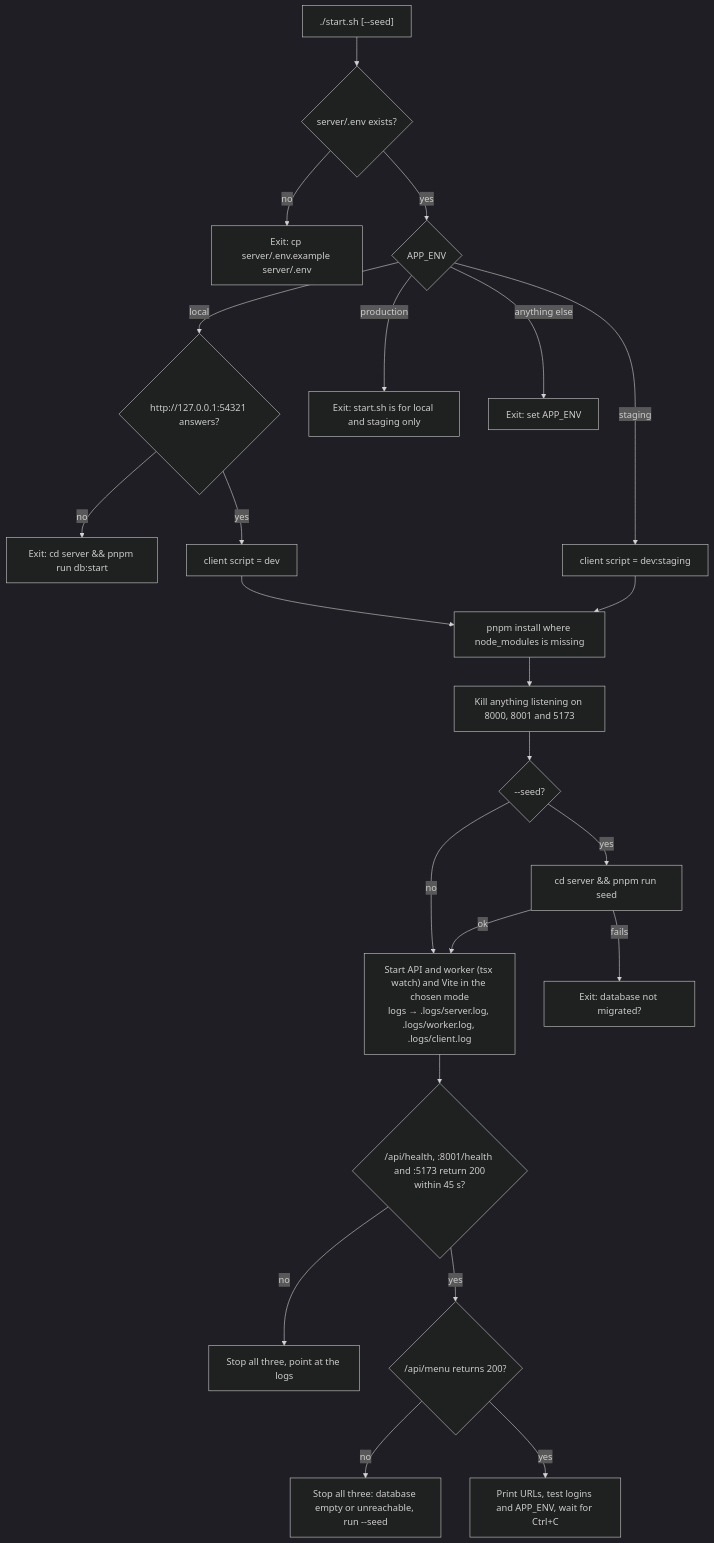
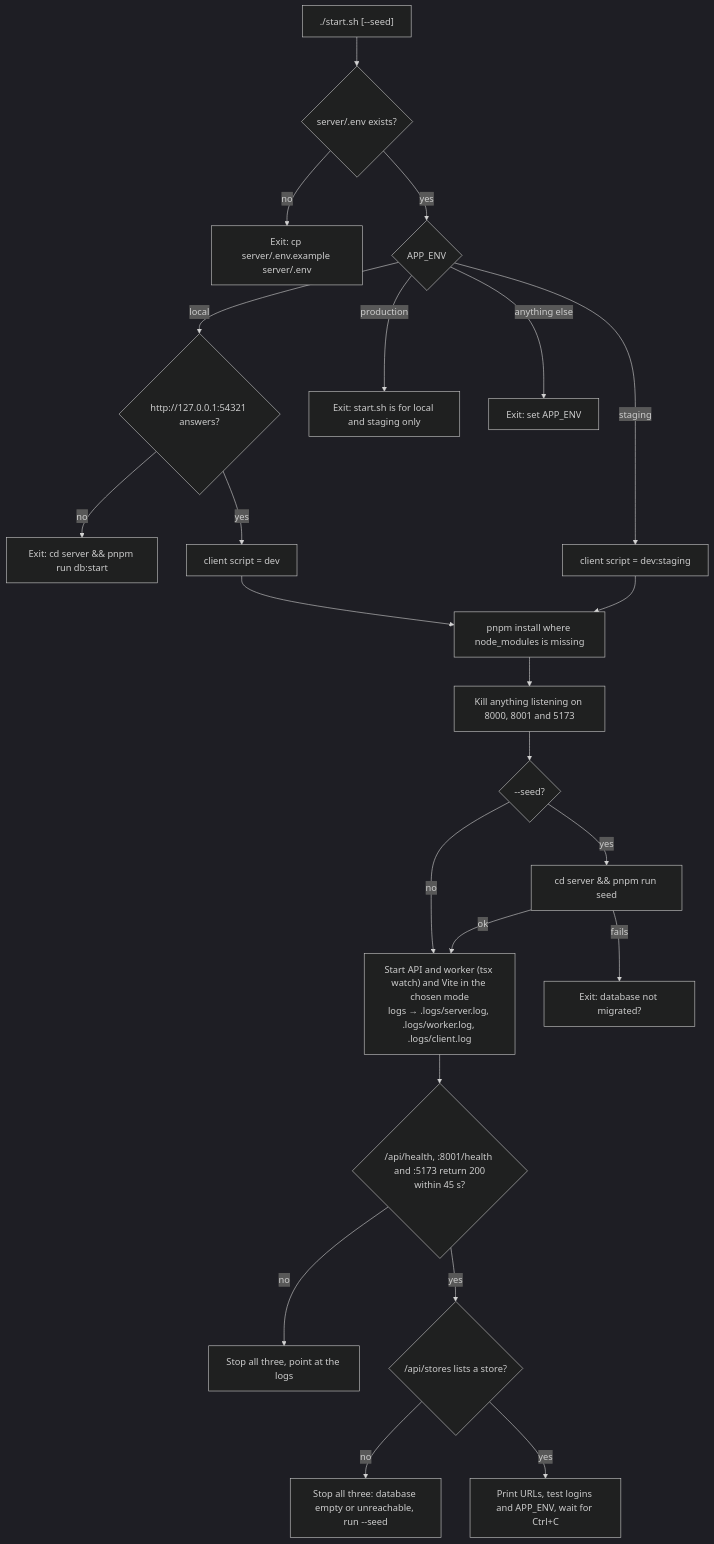
One commit to The-KhaNha/KhaNha changed the third of 4 diagrams in docs/DEPLOYMENT.md. Above: the diagram before and after it, drawn with Mermaid (dark theme). The commit also changed 6 other files, not shown here.

Commit message:
start.sh probes /api/stores; docs name the store routes; guard against calls to removed routes

````diff
--- a/docs/DEPLOYMENT.md
+++ b/docs/DEPLOYMENT.md
@@ -221,25 +221,25 @@
 ```mermaid
 flowchart TD
   S["./start.sh [--seed]"] --> Env{"server/.env exists?"}
   Env -->|"no"| X1["Exit: cp server/.env.example server/.env"]
   Env -->|"yes"| App{"APP_ENV"}
   App -->|"local"| Up{"http://127.0.0.1:54321 answers?"}
   Up -->|"no"| X2["Exit: cd server && pnpm run db:start"]
   Up -->|"yes"| ModeL["client script = dev"]
   App -->|"staging"| ModeS["client script = dev:staging"]
   App -->|"production"| X3["Exit: start.sh is for local and staging only"]
   App -->|"anything else"| X4["Exit: set APP_ENV"]
   ModeL --> Deps
   ModeS --> Deps
   Deps["pnpm install where node_modules is missing"] --> Ports["Kill anything listening on 8000, 8001 and 5173"]
   Ports --> Seed{"--seed?"}
   Seed -->|"yes"| RunSeed["cd server && pnpm run seed"]
   Seed -->|"no"| Start
   RunSeed -->|"fails"| X5["Exit: database not migrated?"]
   RunSeed -->|"ok"| Start
   Start["Start API and worker (tsx watch) and Vite in the chosen mode<br/>logs → .logs/server.log, .logs/worker.log, .logs/client.log"] --> Wait{"/api/health, :8001/health and :5173 return 200<br/>within 45 s?"}
   Wait -->|"no"| X6["Stop all three, point at the logs"]
-  Wait -->|"yes"| Menu{"/api/menu returns 200?"}
+  Wait -->|"yes"| Menu{"/api/stores lists a store?"}
   Menu -->|"no"| X7["Stop all three: database empty or unreachable, run --seed"]
   Menu -->|"yes"| Ready["Print URLs, test logins and APP_ENV, wait for Ctrl+C"]
 ```
````
